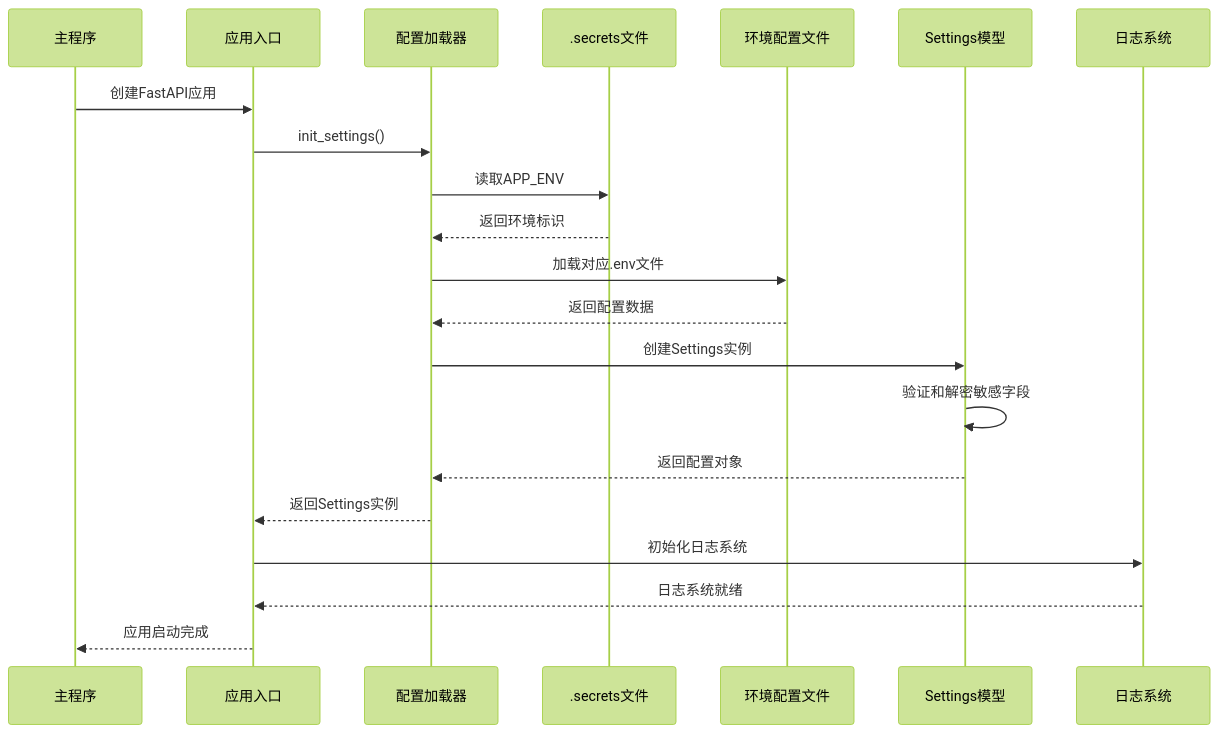
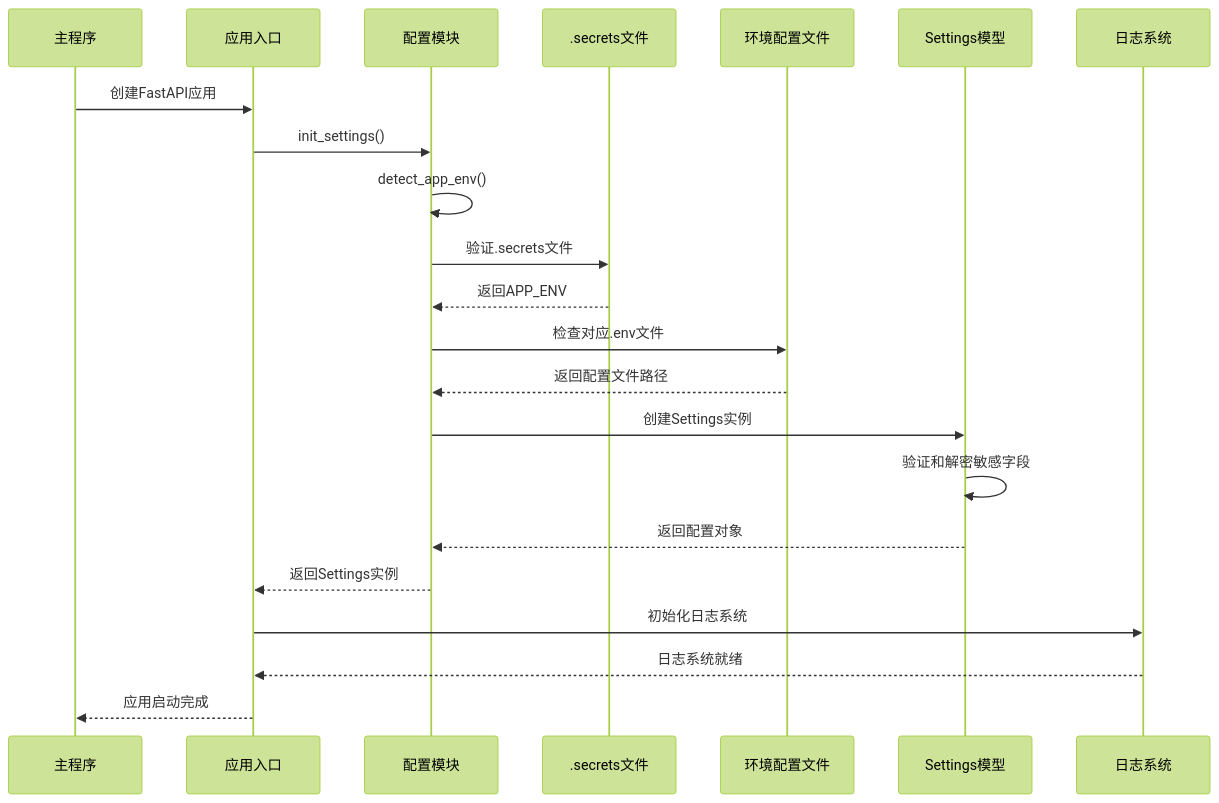
The second of 6 diagrams in .qoder/repowiki/zh/content/基础设施工具/配置系统.md (lilinzezzzzzz/fastapi-backend), drawn with Mermaid (forest theme) before and after one commit. The commit also changed other lines of this file and 38 other files, not shown here.

````diff
--- a/.qoder/repowiki/zh/content/基础设施工具/配置系统.md
+++ b/.qoder/repowiki/zh/content/基础设施工具/配置系统.md
@@ -117,23 +140,24 @@
 ```mermaid
 sequenceDiagram
 participant Main as 主程序
 participant App as 应用入口
-participant Loader as 配置加载器
+participant Config as 配置模块
 participant Secrets as .secrets文件
 participant EnvFile as 环境配置文件
 participant Settings as Settings模型
 participant Logger as 日志系统
 Main->>App : 创建FastAPI应用
-App->>Loader : init_settings()
-Loader->>Secrets : 读取APP_ENV
-Secrets-->>Loader : 返回环境标识
-Loader->>EnvFile : 加载对应.env文件
-EnvFile-->>Loader : 返回配置数据
-Loader->>Settings : 创建Settings实例
+App->>Config : init_settings()
+Config->>Config : detect_app_env()
+Config->>Secrets : 验证.secrets文件
+Secrets-->>Config : 返回APP_ENV
+Config->>EnvFile : 检查对应.env文件
+EnvFile-->>Config : 返回配置文件路径
+Config->>Settings : 创建Settings实例
 Settings->>Settings : 验证和解密敏感字段
-Settings-->>Loader : 返回配置对象
-Loader-->>App : 返回Settings实例
+Settings-->>Config : 返回配置对象
+Config-->>App : 返回Settings实例
 App->>Logger : 初始化日志系统
 Logger-->>App : 日志系统就绪
 App-->>Main : 应用启动完成
 ```
````
